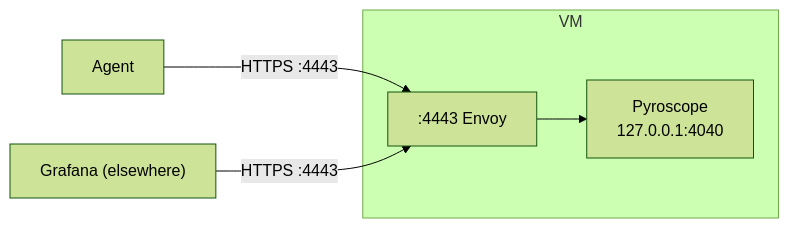
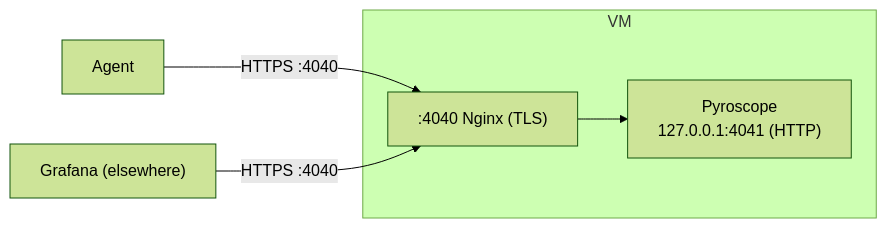
Before and after one commit to aff0gat000/pyroscope: diagram 14 of 15 in docs/deployment-guide.md, drawn with Mermaid (forest theme). The commit also changed other lines of this file and 1 other file, not shown here.

First line of the commit message:
Update TLS docs for F5 VIP + Nginx proxy architecture

````diff
--- a/docs/deployment-guide.md
+++ b/docs/deployment-guide.md
@@ -1555,8 +1656,8 @@
 ```mermaid
 graph LR
     subgraph VM
-        E[":4443 Envoy"] --> P["Pyroscope<br/>127.0.0.1:4040"]
+        N[":4040 Nginx (TLS)"] --> P["Pyroscope<br/>127.0.0.1:4041 (HTTP)"]
     end
-    Agent -->|HTTPS :4443| E
-    Grafana["Grafana (elsewhere)"] -->|HTTPS :4443| E
+    Agent -->|HTTPS :4040| N
+    Grafana["Grafana (elsewhere)"] -->|HTTPS :4040| N
 ```
````
